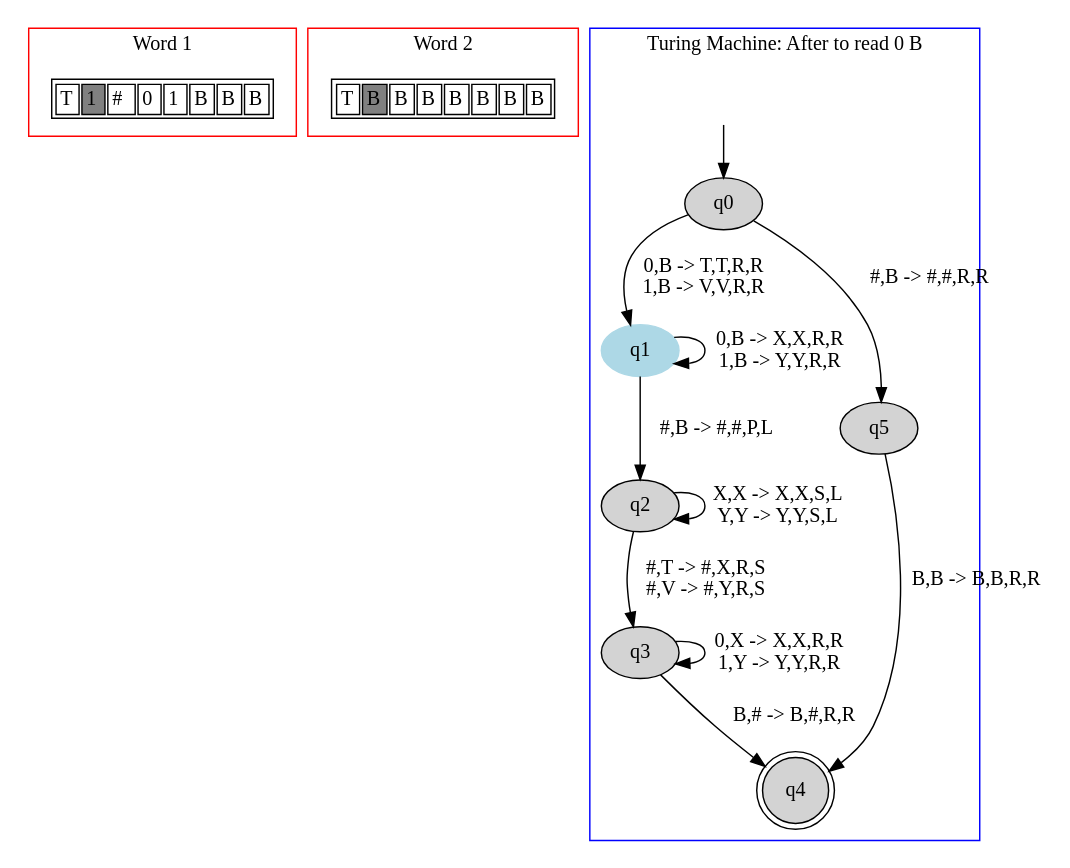
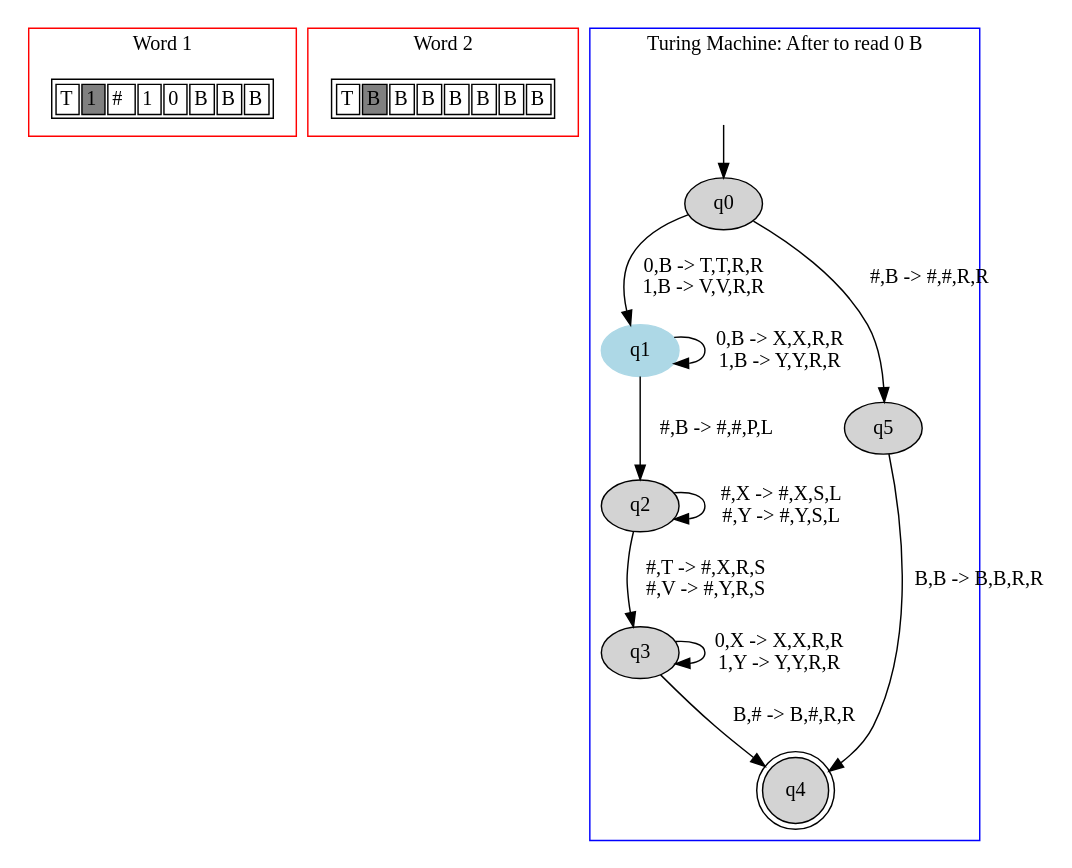
One commit to danielScLima/turing_machine_2_fitas changed the diagram in TM2FITAS/images/file2.dot. Above: the diagram before and after it, drawn with Graphviz. The commit also changed 22 other files, not shown here.

```diff
--- a/TM2FITAS/images/file2.dot
+++ b/TM2FITAS/images/file2.dot
@@ -1,65 +1,65 @@
 digraph G {
 	subgraph cluster_0 {
 		node [shape=plaintext];
 
 struct1 [label=<<TABLE>
 <TR>
 <TD><FONT>T</FONT></TD>
 <TD BGCOLOR="gray"><FONT>1</FONT></TD>
 <TD><FONT>#</FONT></TD>
+<TD><FONT>1</FONT></TD>
 <TD><FONT>0</FONT></TD>
-<TD><FONT>1</FONT></TD>
 <TD><FONT>B</FONT></TD>
 <TD><FONT>B</FONT></TD>
 <TD><FONT>B</FONT></TD>
 </TR>
 </TABLE>>];
 label = "Word 1";
 color=red;
 }
 	subgraph cluster_2 {
 		node [shape=plaintext];
 
 struct2 [label=<<TABLE>
 <TR>
 <TD><FONT>T</FONT></TD>
 <TD BGCOLOR="gray"><FONT>B</FONT></TD>
 <TD><FONT>B</FONT></TD>
 <TD><FONT>B</FONT></TD>
 <TD><FONT>B</FONT></TD>
 <TD><FONT>B</FONT></TD>
 <TD><FONT>B</FONT></TD>
 <TD><FONT>B</FONT></TD>
 </TR>
 </TABLE>>];
 label = "Word 2";
 color=red;
 }
 	subgraph cluster_1 {
 		node [style=filled];
 		label = "Turing Machine: After to read 0 B"
 		color=blue;
 
 		q0;
 		q1 [color="lightblue"];
 		q2;
 		q3;
 		q4 [shape="doublecircle"];
 		q5;
 		q0->q1[label="0,B -> T,T,R,R
 1,B -> V,V,R,R"];
 		q0->q5[label="#,B -> #,#,R,R"];
 		q1->q1[label="0,B -> X,X,R,R
 1,B -> Y,Y,R,R"];
 		q1->q2[label="#,B -> #,#,P,L"];
-		q2->q2[label="X,X -> X,X,S,L
-Y,Y -> Y,Y,S,L"];
+		q2->q2[label="#,X -> #,X,S,L
+#,Y -> #,Y,S,L"];
 		q2->q3[label="#,T -> #,X,R,S
 #,V -> #,Y,R,S"];
 		q3->q3[label="0,X -> X,X,R,R
 1,Y -> Y,Y,R,R"];
 		q3->q4[label="B,# -> B,#,R,R"];
 		q5->q4[label="B,B -> B,B,R,R"];
 x [color=white, label=""];		x->q0	}
 
 }
```
